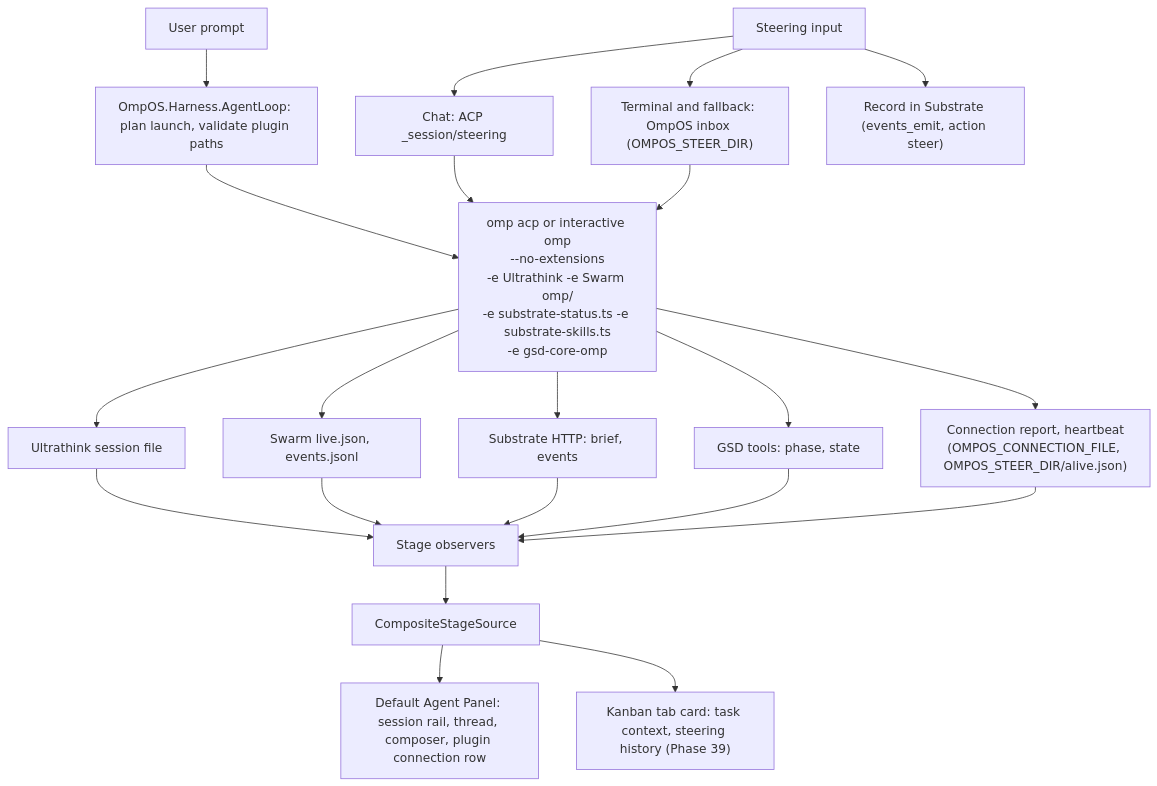
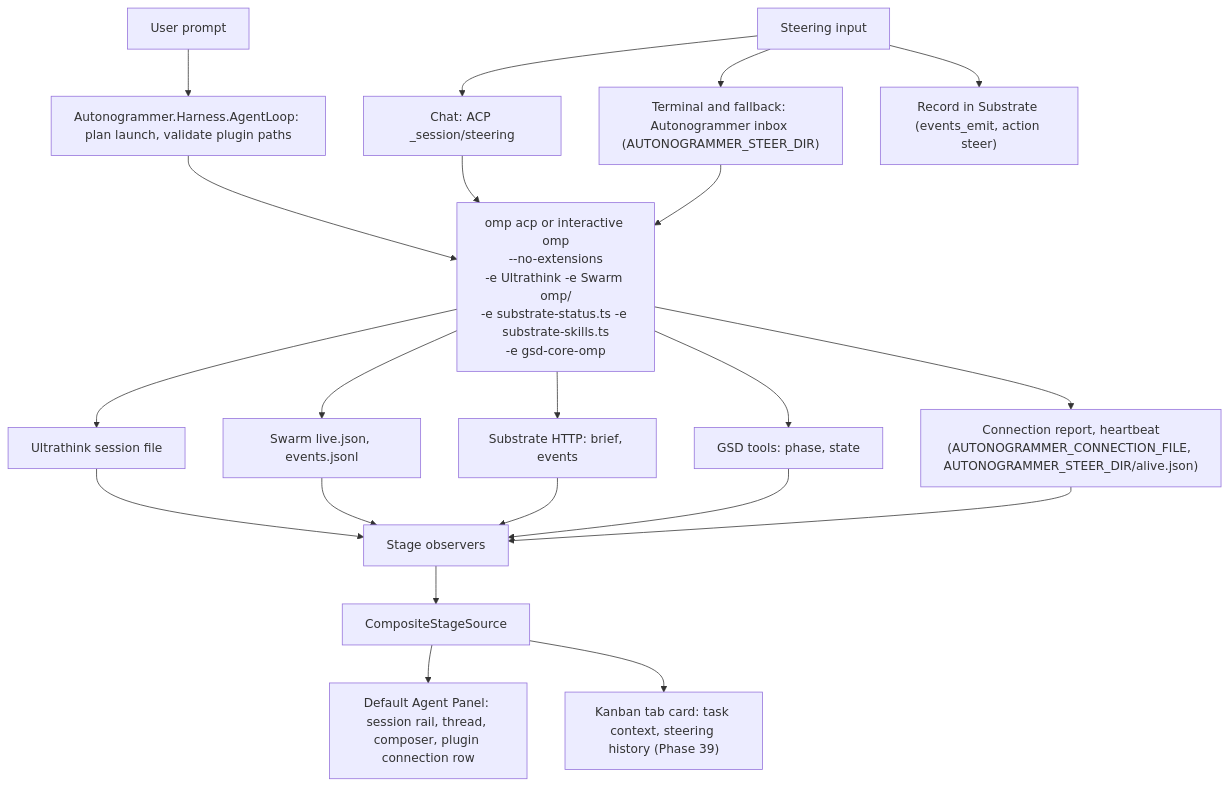
The second of 2 diagrams in docs/architecture.md (swcstudiospace/OmpOS), drawn with Mermaid before and after one commit. The commit also changed other lines of this file and 10702 other files, not shown here.

````diff
--- a/docs/architecture.md
+++ b/docs/architecture.md
@@ -125,23 +125,23 @@
 ```mermaid
 flowchart TB
-    U["User prompt"] --> H["OmpOS.Harness.AgentLoop: plan launch, validate plugin paths"]
+    U["User prompt"] --> H["Autonogrammer.Harness.AgentLoop: plan launch, validate plugin paths"]
     H --> O["omp acp or interactive omp<br/>--no-extensions<br/>-e Ultrathink -e Swarm omp/<br/>-e substrate-status.ts -e substrate-skills.ts<br/>-e gsd-core-omp"]
     O --> UT["Ultrathink session file"]
     O --> SW["Swarm live.json, events.jsonl"]
     O --> SB["Substrate HTTP: brief, events"]
     O --> GS["GSD tools: phase, state"]
     UT --> OB["Stage observers"]
     SW --> OB
     SB --> OB
     GS --> OB
-    O --> CR["Connection report, heartbeat<br/>(OMPOS_CONNECTION_FILE, OMPOS_STEER_DIR/alive.json)"]
+    O --> CR["Connection report, heartbeat<br/>(AUTONOGRAMMER_CONNECTION_FILE, AUTONOGRAMMER_STEER_DIR/alive.json)"]
     CR --> OB
     OB --> CS["CompositeStageSource"]
     CS --> P["Default Agent Panel: session rail, thread, composer, plugin connection row"]
     CS --> K["Kanban tab card: task context, steering history (Phase 39)"]
     ST["Steering input"] --> N["Chat: ACP _session/steering"]
-    ST --> I["Terminal and fallback: OmpOS inbox (OMPOS_STEER_DIR)"]
+    ST --> I["Terminal and fallback: Autonogrammer inbox (AUTONOGRAMMER_STEER_DIR)"]
     N --> O
     I --> O
     ST --> R["Record in Substrate (events_emit, action steer)"]
 ```
````
